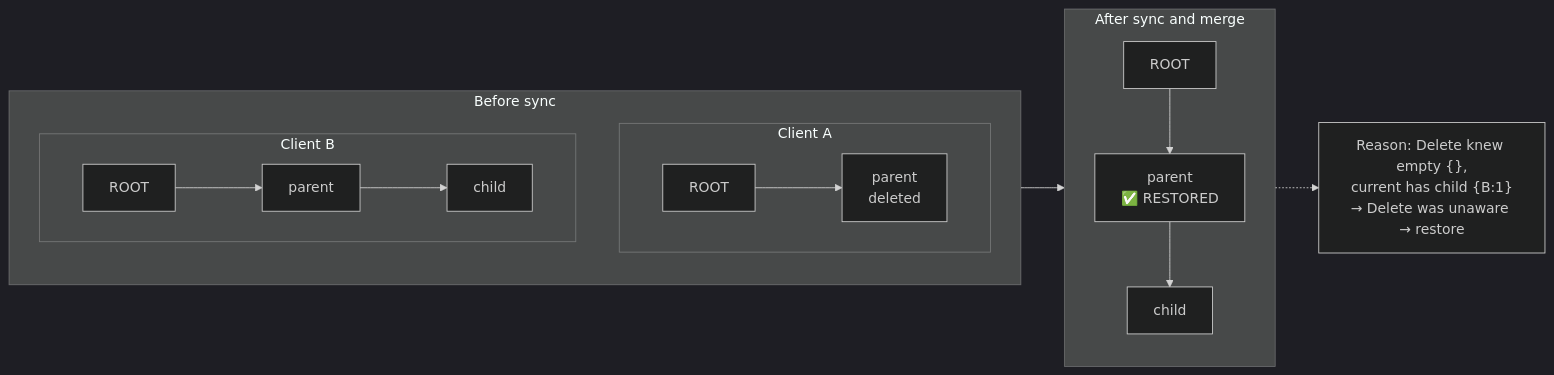
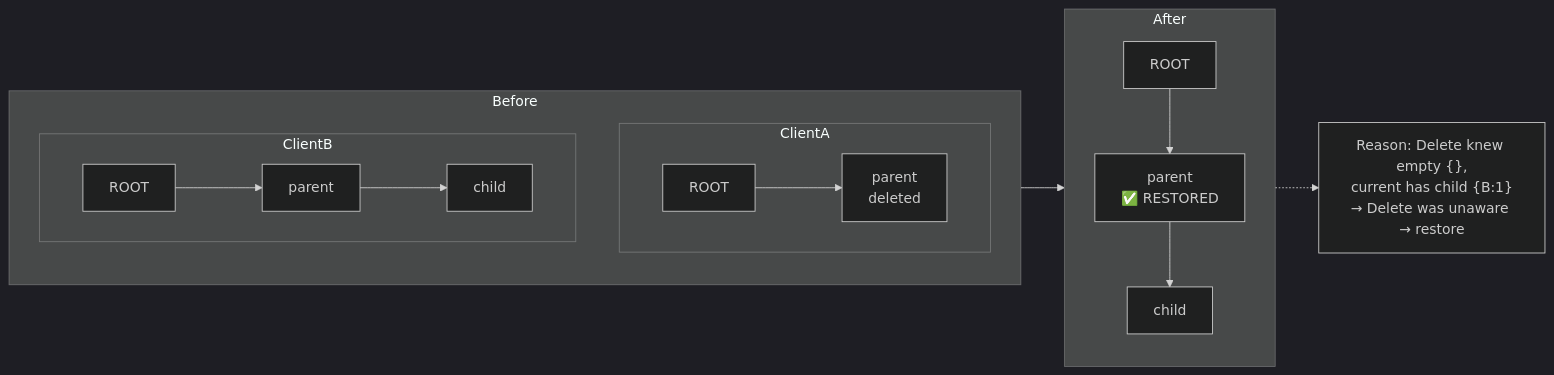
One commit to cybersemics/treecrdt changed the fourth of 10 diagrams in docs/defensive-deletion/defensive-deletion.md. Above: the diagram before and after it, drawn with Mermaid (dark theme). The commit also changed other lines of this file, not shown here.

Commit message:
docs: update diagrams

````diff
--- a/docs/defensive-deletion/defensive-deletion.md
+++ b/docs/defensive-deletion/defensive-deletion.md
@@ -205,30 +205,30 @@
 ```mermaid
 flowchart LR
-    subgraph Before["Before sync"]
-        subgraph ClientA["Client A"]
+    subgraph Before
+        subgraph ClientA
             ROOT1[ROOT]
-            P1[parent<br/>deleted]
+            P1["parent<br/>deleted"]
             ROOT1 --> P1
         end
         
-        subgraph ClientB["Client B"]
+        subgraph ClientB
             ROOT2[ROOT]
             P2[parent]
             C2[child]
             ROOT2 --> P2
             P2 --> C2
         end
     end
     
-    subgraph After["After sync and merge"]
+    subgraph After
         ROOT3[ROOT]
-        P3[parent<br/>✅ RESTORED]
+        P3["parent<br/>✅ RESTORED"]
         C3[child]
         ROOT3 --> P3
         P3 --> C3
     end
     
     Before --> After
     Reason["Reason: Delete knew empty {},<br/>current has child {B:1}<br/>→ Delete was unaware → restore"]
     After -.-> Reason
 ```
````
